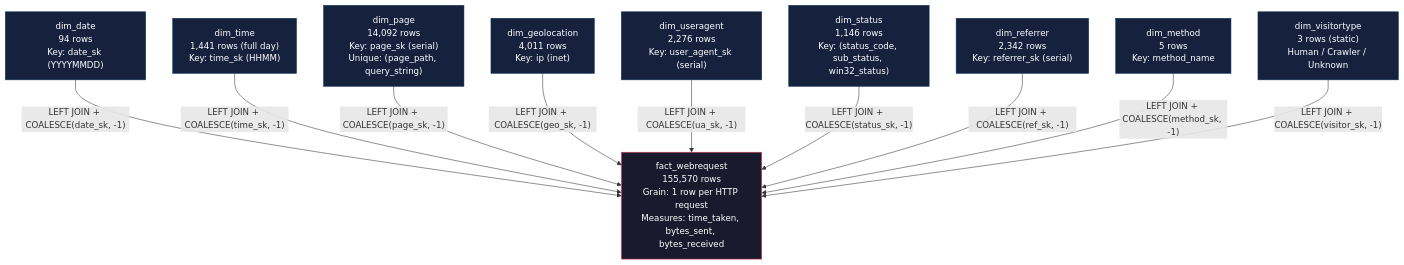
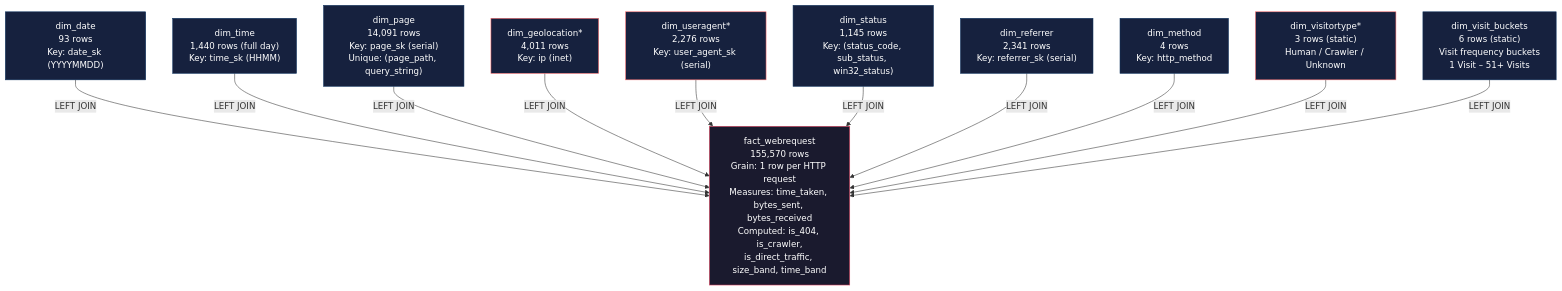
One commit to AhmedIkram05/w3c-etl-pipeline changed the seventh of 10 diagrams in README.md. Above: the diagram before and after it, drawn with Mermaid. The commit also changed other lines of this file and 2 other files, not shown here.

Commit message:
Update README and diagrams for dbt integration and pipeline architecture

````diff
--- a/README.md
+++ b/README.md
@@ -336,29 +353,33 @@
 ```mermaid
 flowchart TB
-    fact["fact_webrequest<br/>155,570 rows<br/>Grain: 1 row per HTTP request<br/>Measures: time_taken, bytes_sent, bytes_received"]
+    fact["fact_webrequest<br/>155,570 rows<br/>Grain: 1 row per HTTP request<br/>Measures: time_taken, bytes_sent, bytes_received<br/>Computed: is_404, is_crawler,<br/>is_direct_traffic, size_band, time_band"]
 
-    dim_date["dim_date<br/>94 rows<br/>Key: date_sk (YYYYMMDD)"]
-    dim_time["dim_time<br/>1,441 rows (full day)<br/>Key: time_sk (HHMM)"]
-    dim_page["dim_page<br/>14,092 rows<br/>Key: page_sk (serial)<br/>Unique: (page_path, query_string)"]
-    dim_geo["dim_geolocation<br/>4,011 rows<br/>Key: ip (inet)"]
-    dim_ua["dim_useragent<br/>2,276 rows<br/>Key: user_agent_sk (serial)"]
-    dim_status["dim_status<br/>1,146 rows<br/>Key: (status_code, sub_status, win32_status)"]
-    dim_ref["dim_referrer<br/>2,342 rows<br/>Key: referrer_sk (serial)"]
-    dim_method["dim_method<br/>5 rows<br/>Key: method_name"]
-    dim_visitor["dim_visitortype<br/>3 rows (static)<br/>Human / Crawler / Unknown"]
+    dim_date["dim_date<br/>93 rows<br/>Key: date_sk (YYYYMMDD)"]
+    dim_time["dim_time<br/>1,440 rows (full day)<br/>Key: time_sk (HHMM)"]
+    dim_page["dim_page<br/>14,091 rows<br/>Key: page_sk (serial)<br/>Unique: (page_path, query_string)"]
+    dim_geo["dim_geolocation*<br/>4,011 rows<br/>Key: ip (inet)"]
+    dim_ua["dim_useragent*<br/>2,276 rows<br/>Key: user_agent_sk (serial)"]
+    dim_status["dim_status<br/>1,145 rows<br/>Key: (status_code, sub_status, win32_status)"]
+    dim_ref["dim_referrer<br/>2,341 rows<br/>Key: referrer_sk (serial)"]
+    dim_method["dim_method<br/>4 rows<br/>Key: http_method"]
+    dim_visitor["dim_visitortype*<br/>3 rows (static)<br/>Human / Crawler / Unknown"]
+    dim_visit_buckets["dim_visit_buckets<br/>6 rows (static)<br/>Visit frequency buckets<br/>1 Visit – 51+ Visits"]
 
-    dim_date -->|"LEFT JOIN + COALESCE(date_sk, -1)"| fact
-    dim_time -->|"LEFT JOIN + COALESCE(time_sk, -1)"| fact
-    dim_page -->|"LEFT JOIN + COALESCE(page_sk, -1)"| fact
-    dim_geo -->|"LEFT JOIN + COALESCE(geo_sk, -1)"| fact
-    dim_ua -->|"LEFT JOIN + COALESCE(ua_sk, -1)"| fact
-    dim_status -->|"LEFT JOIN + COALESCE(status_sk, -1)"| fact
-    dim_ref -->|"LEFT JOIN + COALESCE(ref_sk, -1)"| fact
-    dim_method -->|"LEFT JOIN + COALESCE(method_sk, -1)"| fact
-    dim_visitor -->|"LEFT JOIN + COALESCE(visitor_sk, -1)"| fact
+    dim_date -->|"LEFT JOIN"| fact
+    dim_time -->|"LEFT JOIN"| fact
+    dim_page -->|"LEFT JOIN"| fact
+    dim_geo -->|"LEFT JOIN"| fact
+    dim_ua -->|"LEFT JOIN"| fact
+    dim_status -->|"LEFT JOIN"| fact
+    dim_ref -->|"LEFT JOIN"| fact
+    dim_method -->|"LEFT JOIN"| fact
+    dim_visitor -->|"LEFT JOIN"| fact
+    dim_visit_buckets -->|"LEFT JOIN"| fact
     
     classDef default fill:#1a1a2e,stroke:#e94560,color:#fff
     classDef dim fill:#16213e,stroke:#0f3460,color:#fff
+    classDef airflow fill:#16213e,stroke:#ff6b6b,color:#fff
     class fact default
-    class dim_date,dim_time,dim_page,dim_geo,dim_ua,dim_status,dim_ref,dim_method,dim_visitor dim
+    class dim_date,dim_time,dim_page,dim_status,dim_ref,dim_method,dim_visit_buckets dim
+    class dim_geo,dim_ua,dim_visitor airflow
 ```
````
